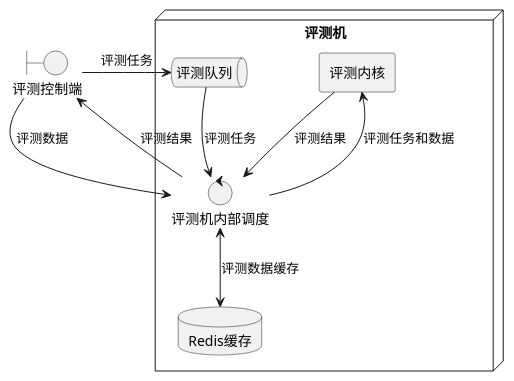
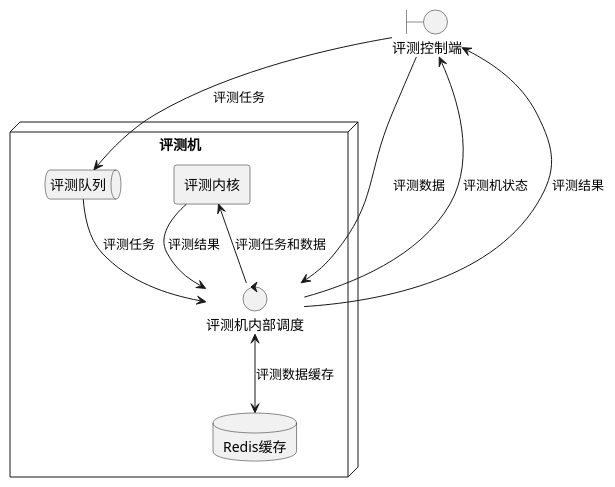
The second of 2 diagrams in DesignDocs/Section1-Strcture.md (ThinkSpiritLab/Heng), drawn with PlantUML before and after one commit. The commit also changed other lines of this file, not shown here.

````diff
--- a/DesignDocs/Section1-Strcture.md
+++ b/DesignDocs/Section1-Strcture.md
@@ -36,18 +51,19 @@
 ```puml
 @startuml
 boundary 评测控制端 as jb
 node "评测机" as judger {
   agent 评测内核 as core
   control 评测机内部调度 as ctrl
   queue 评测队列 as que
   database Redis缓存 as rd
 }
 jb --> que : 评测任务
 que --> ctrl : 评测任务
-jb --> ctrl : 评测数据
+jb ----> ctrl : 评测数据
 ctrl <--> rd : 评测数据缓存
 ctrl --> core : 评测任务和数据
 core --> ctrl : 评测结果
+ctrl --> jb : 评测机状态
 ctrl --> jb : 评测结果
 @enduml
 ```
````
